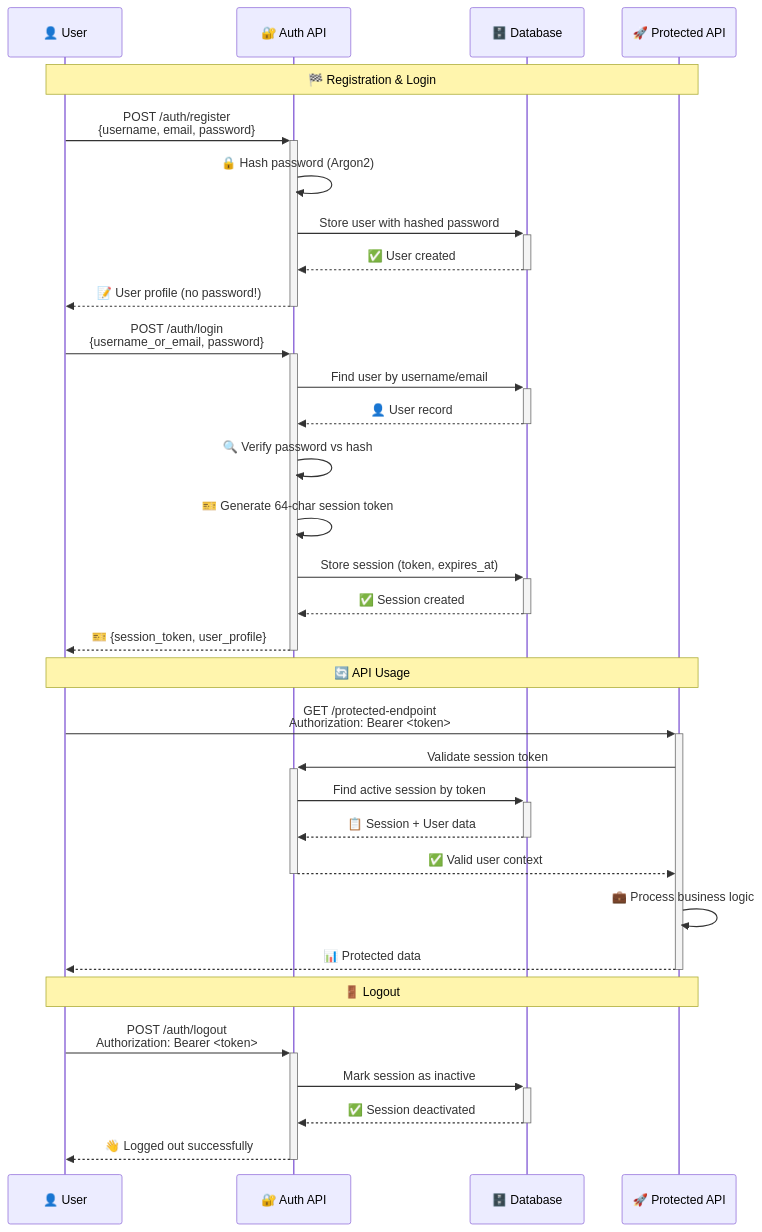
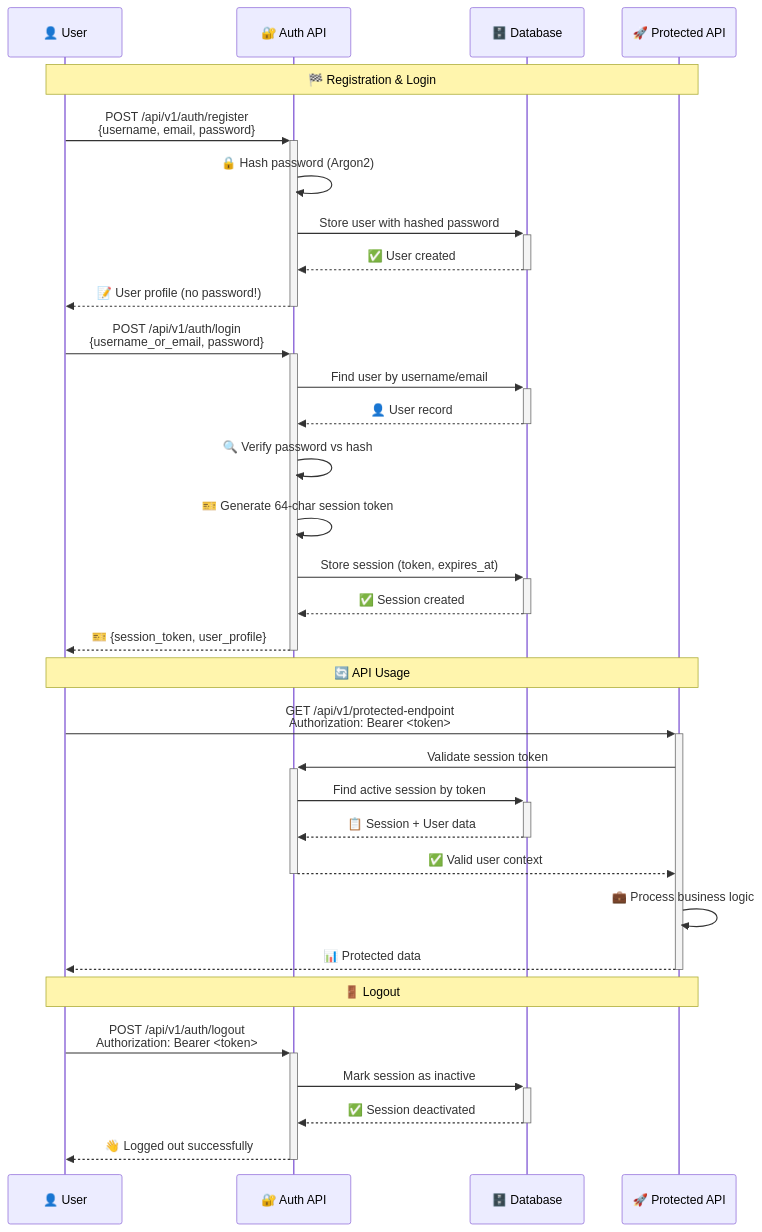
The first of 2 diagrams in docs/guides/02-authentication.md (quanhua92/rust-fullstack-starter), drawn with Mermaid before and after one commit. The commit also changed other lines of this file and 37 other files, not shown here.

````diff
--- a/docs/guides/02-authentication.md
+++ b/docs/guides/02-authentication.md
@@ -22,38 +22,38 @@
 ```mermaid
 sequenceDiagram
     participant U as 👤 User
     participant A as 🔐 Auth API
     participant D as 🗄️ Database
     participant P as 🚀 Protected API
     
     Note over U,P: 🏁 Registration & Login
-    U->>+A: POST /auth/register<br/>{username, email, password}
+    U->>+A: POST /api/v1/auth/register<br/>{username, email, password}
     A->>A: 🔒 Hash password (Argon2)
     A->>+D: Store user with hashed password
     D-->>-A: ✅ User created
     A-->>-U: 📝 User profile (no password!)
     
-    U->>+A: POST /auth/login<br/>{username_or_email, password}
+    U->>+A: POST /api/v1/auth/login<br/>{username_or_email, password}
     A->>+D: Find user by username/email
     D-->>-A: 👤 User record
     A->>A: 🔍 Verify password vs hash
     A->>A: 🎫 Generate 64-char session token
     A->>+D: Store session (token, expires_at)
     D-->>-A: ✅ Session created
     A-->>-U: 🎫 {session_token, user_profile}
     
     Note over U,P: 🔄 API Usage
-    U->>+P: GET /protected-endpoint<br/>Authorization: Bearer <token>
+    U->>+P: GET /api/v1/protected-endpoint<br/>Authorization: Bearer <token>
     P->>+A: Validate session token
     A->>+D: Find active session by token
     D-->>-A: 📋 Session + User data
     A-->>-P: ✅ Valid user context
     P->>P: 💼 Process business logic
     P-->>-U: 📊 Protected data
     
     Note over U,P: 🚪 Logout
-    U->>+A: POST /auth/logout<br/>Authorization: Bearer <token>
+    U->>+A: POST /api/v1/auth/logout<br/>Authorization: Bearer <token>
     A->>+D: Mark session as inactive
     D-->>-A: ✅ Session deactivated
     A-->>-U: 👋 Logged out successfully
 ```
````
